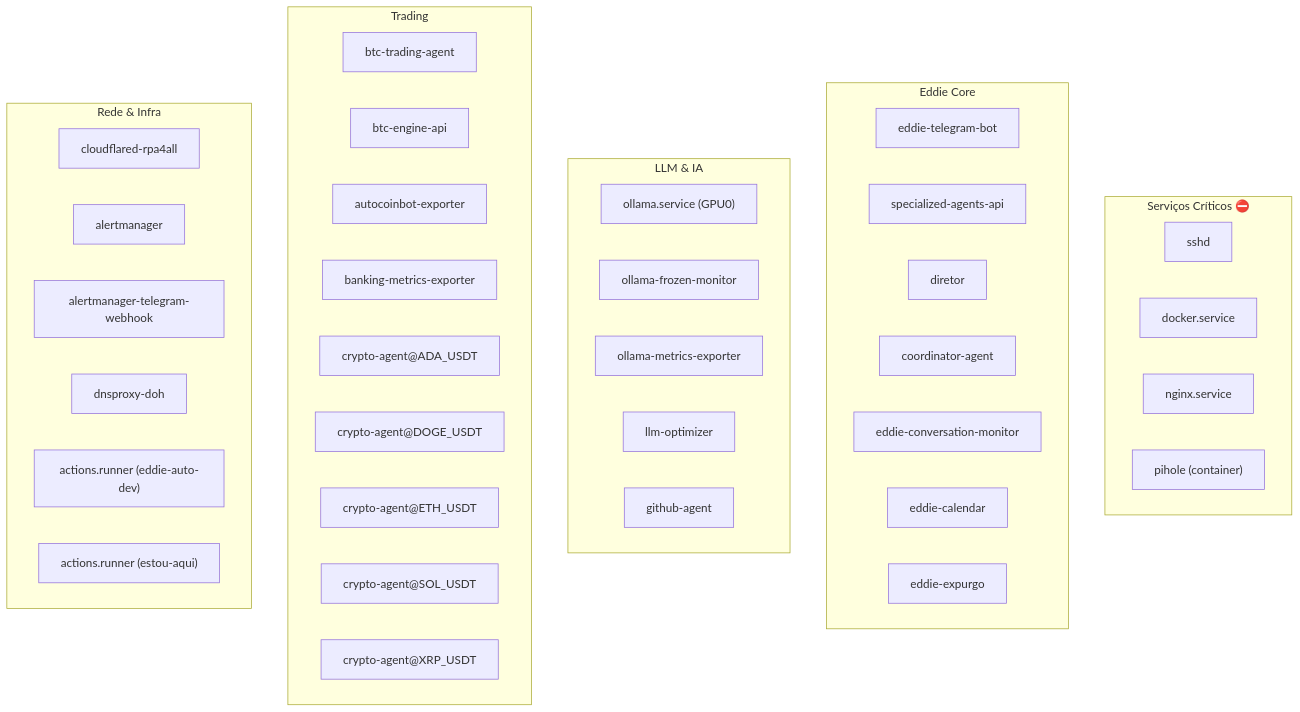
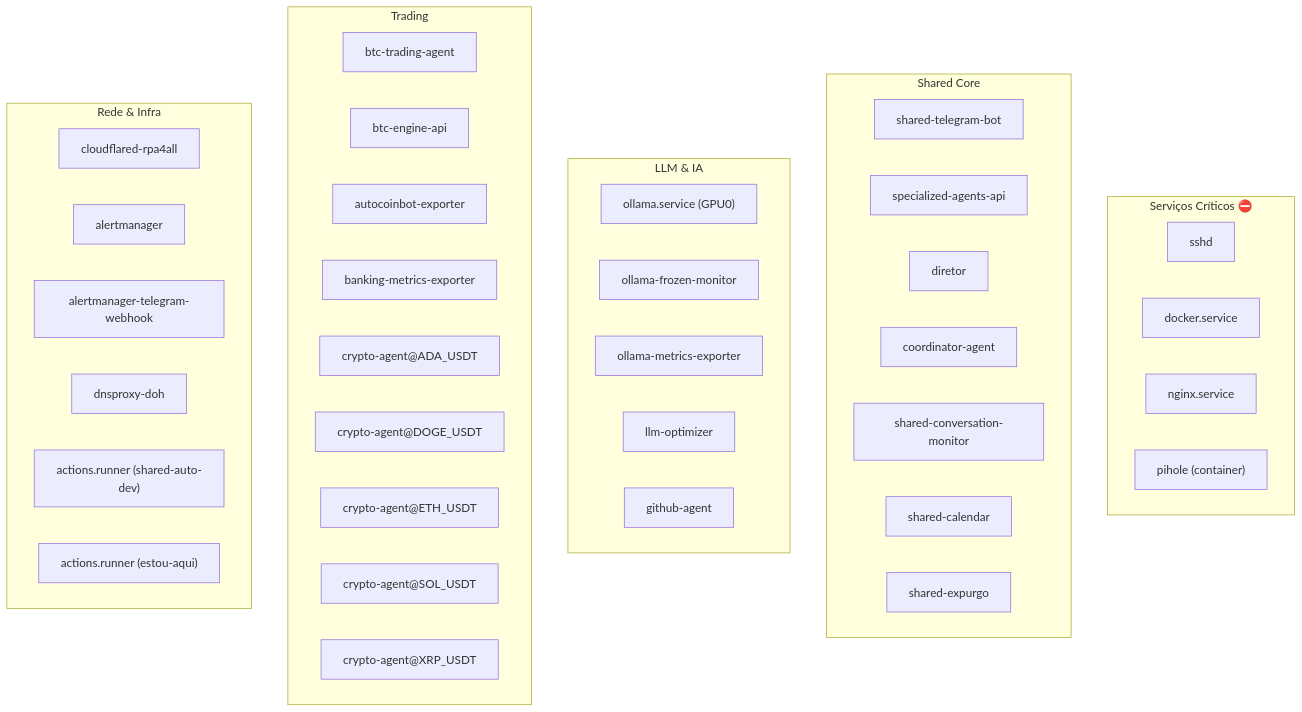
The eighth of 10 diagrams in docs/HOMELAB_INFRASTRUCTURE_DIAGRAMS.md (eddiejdi/eddie-auto-dev), drawn with Mermaid before and after one commit. The commit also changed other lines of this file and 3791 other files, not shown here.

````diff
--- a/docs/HOMELAB_INFRASTRUCTURE_DIAGRAMS.md
+++ b/docs/HOMELAB_INFRASTRUCTURE_DIAGRAMS.md
@@ -346,48 +346,48 @@
 ```mermaid
 graph TB
     subgraph "Serviços Críticos ⛔"
         SSH["sshd"]
         DOCKER["docker.service"]
         NGINX["nginx.service"]
         PIHOLE["pihole (container)"]
     end
 
-    subgraph "Eddie Core"
-        TBOT["eddie-telegram-bot"]
+    subgraph "Shared Core"
+        TBOT["shared-telegram-bot"]
         SAPI["specialized-agents-api"]
         DIRET["diretor"]
         COORD["coordinator-agent"]
-        EMON["eddie-conversation-monitor"]
-        ECAL["eddie-calendar"]
-        EEXP["eddie-expurgo"]
+        EMON["shared-conversation-monitor"]
+        ECAL["shared-calendar"]
+        EEXP["shared-expurgo"]
     end
 
     subgraph "LLM & IA"
         OLL["ollama.service (GPU0)"]
         OLLM["ollama-frozen-monitor"]
         OMET["ollama-metrics-exporter"]
         LLMO["llm-optimizer"]
         GHAG["github-agent"]
     end
 
     subgraph "Trading"
         BTCA["btc-trading-agent"]
         BTCE["btc-engine-api"]
         ACBE["autocoinbot-exporter"]
         BANK["banking-metrics-exporter"]
         CAda["crypto-agent@ADA_USDT"]
         CDoge["crypto-agent@DOGE_USDT"]
         CEth["crypto-agent@ETH_USDT"]
         CSol["crypto-agent@SOL_USDT"]
         CXrp["crypto-agent@XRP_USDT"]
     end
 
     subgraph "Rede & Infra"
         CFRD["cloudflared-rpa4all"]
         AMGR["alertmanager"]
         AMTW["alertmanager-telegram-webhook"]
         DNSP["dnsproxy-doh"]
-        GHA1["actions.runner (eddie-auto-dev)"]
+        GHA1["actions.runner (shared-auto-dev)"]
         GHA2["actions.runner (estou-aqui)"]
     end
 ```
````
